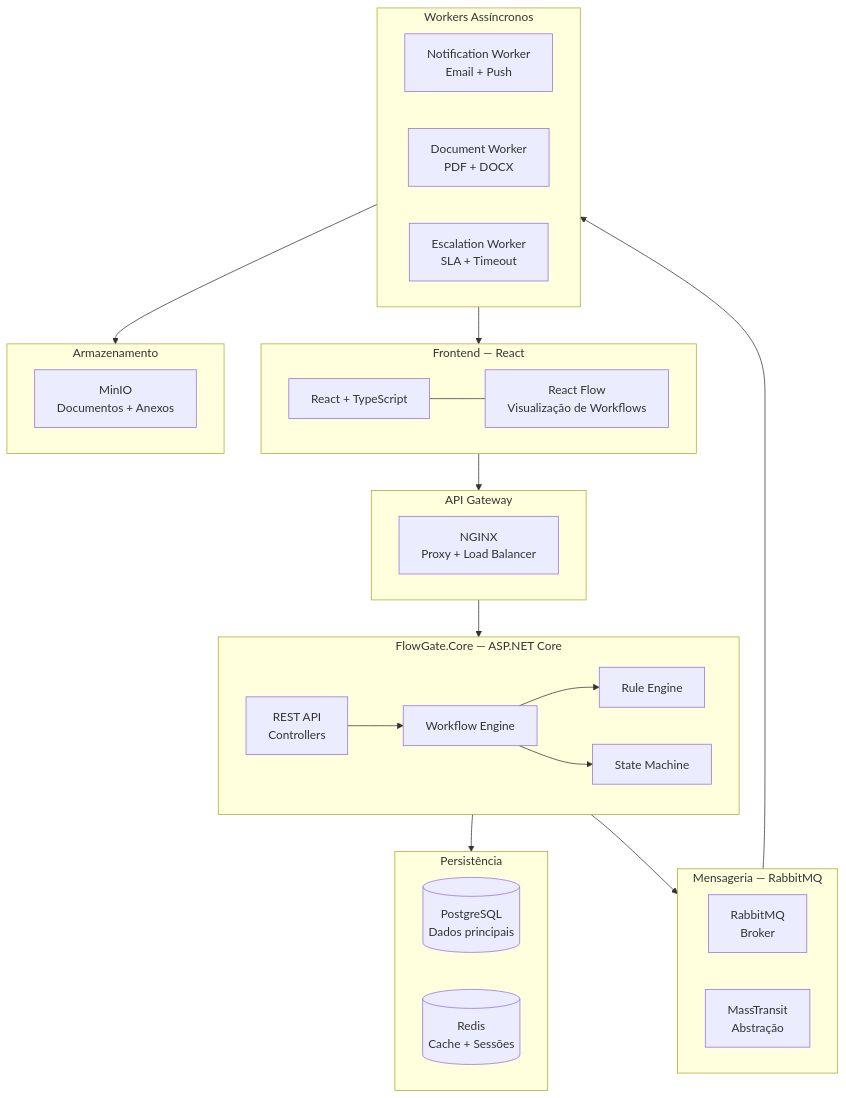
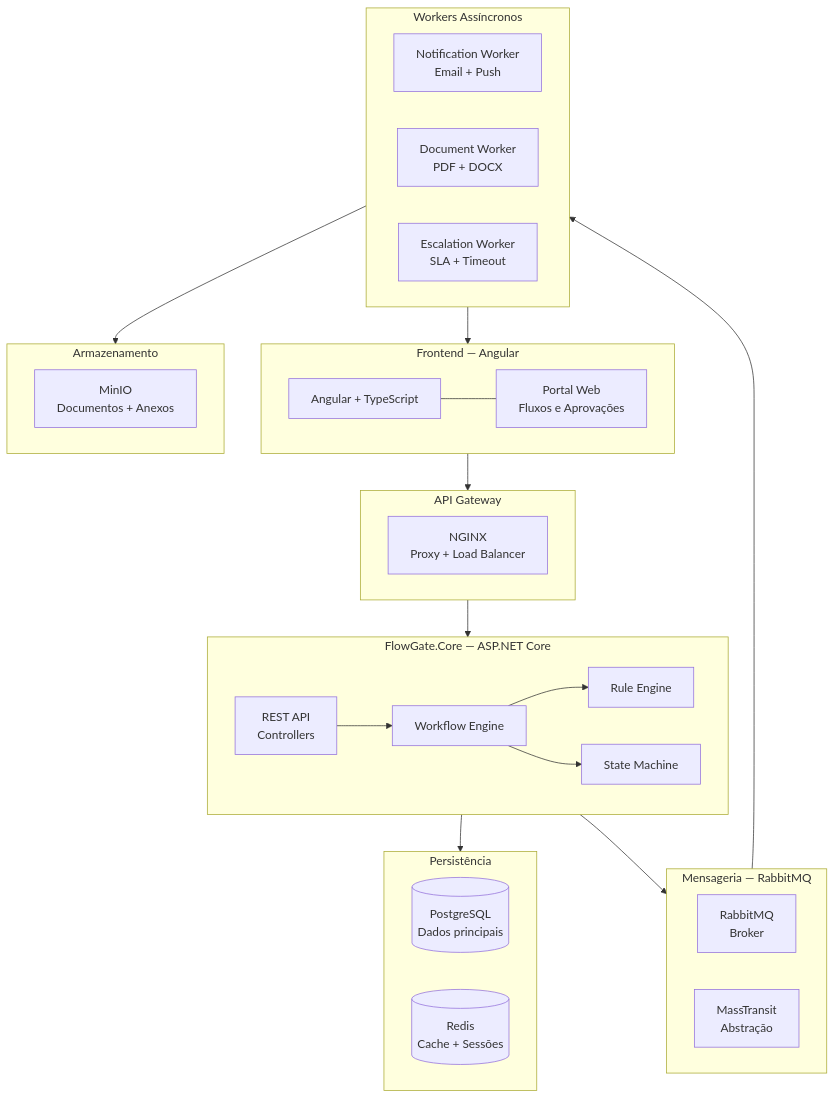
One commit to NicolasEstrella/FlowGate changed the first of 6 diagrams in docs/02-architecture.md. Above: the diagram before and after it, drawn with Mermaid. The commit also changed other lines of this file and 2 other files, not shown here.

Commit message:
docs: apply minor revisions from user edits
- README.md: small formatting adjustments
- docs/02-architecture.md: minor corrections
- docs/05-use-cases.md: minor addition

````diff
--- a/docs/02-architecture.md
+++ b/docs/02-architecture.md
@@ -20,50 +20,50 @@
 ```mermaid
 graph TB
-    subgraph Frontend["Frontend — React"]
-        UI[React + TypeScript]
-        RF[React Flow\nVisualização de Workflows]
-        UI --- RF
+    subgraph Frontend["Frontend — Angular"]
+        UI[Angular + TypeScript]
+        WF[Portal Web\nFluxos e Aprovações]
+        UI --- WF
     end
 
     subgraph Gateway["API Gateway"]
         NGINX[NGINX\nProxy + Load Balancer]
     end
 
     subgraph Backend["FlowGate.Core — ASP.NET Core"]
         API[REST API\nControllers]
         WE[Workflow Engine]
         RE[Rule Engine]
         SM[State Machine]
         API --> WE
         WE --> RE
         WE --> SM
     end
 
     subgraph Data["Persistência"]
         PG[(PostgreSQL\nDados principais)]
         RD[(Redis\nCache + Sessões)]
     end
 
     subgraph Messaging["Mensageria — RabbitMQ"]
         MQ[RabbitMQ\nBroker]
         MT[MassTransit\nAbstração]
     end
 
     subgraph Workers["Workers Assíncronos"]
         WN[Notification Worker\nEmail + Push]
         WD[Document Worker\nPDF + DOCX]
         WE2[Escalation Worker\nSLA + Timeout]
     end
 
     subgraph Storage["Armazenamento"]
         MN[MinIO\nDocumentos + Anexos]
     end
 
     Frontend --> Gateway
     Gateway --> Backend
     Backend --> Data
     Backend --> Messaging
     Messaging --> Workers
     Workers --> Storage
     Workers --> Frontend
 ```
````
